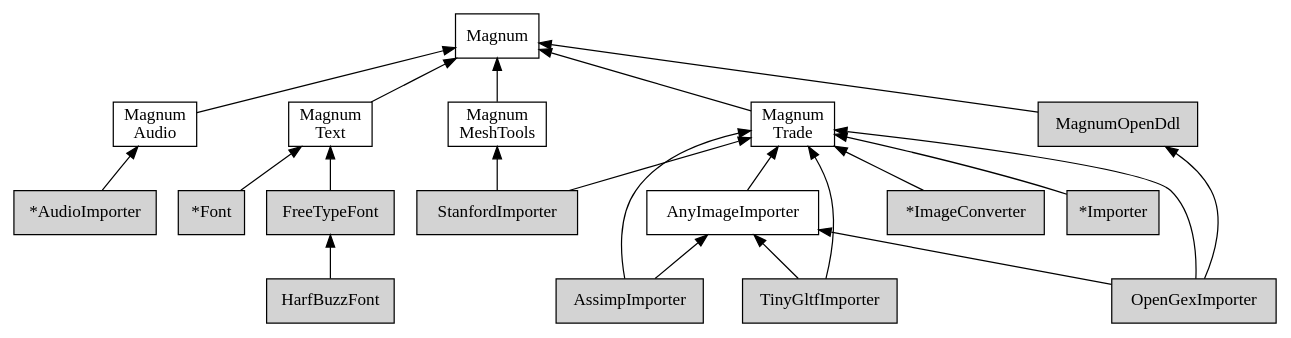
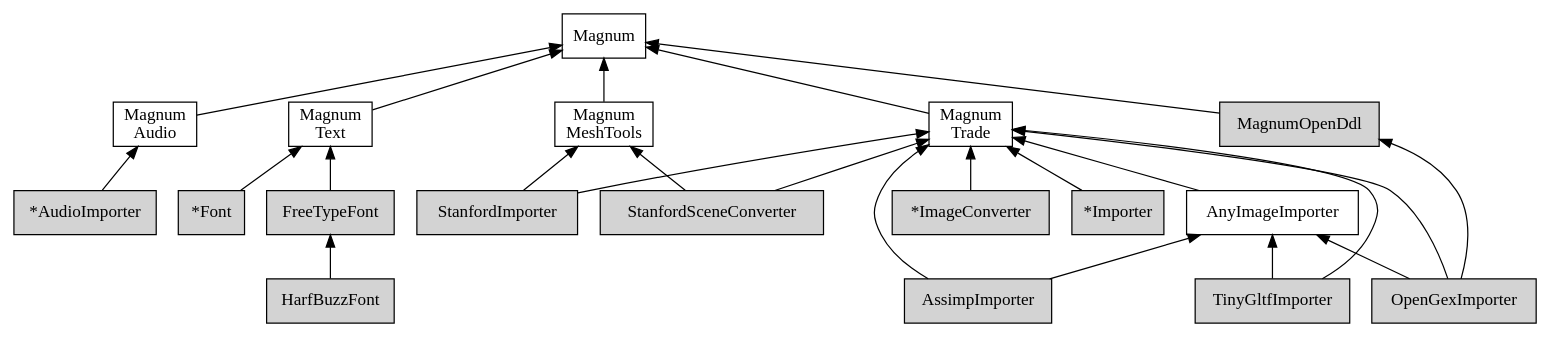
The diagram in doc/custom-buildsystems-plugins-order.dot (mosra/magnum-plugins), drawn with Graphviz before and after one commit. The commit also changed 52 other files, not shown here.

Commit message:
New StanfordSceneConverter plugin for writing PLY files.

```diff
--- a/doc/custom-buildsystems-plugins-order.dot
+++ b/doc/custom-buildsystems-plugins-order.dot
@@ -1,79 +1,81 @@
 /*
     This file is part of Magnum.
 
     Copyright © 2010, 2011, 2012, 2013, 2014, 2015, 2016, 2017, 2018, 2019
               Vladimír Vondruš <mosra@centrum.cz>
 
     Permission is hereby granted, free of charge, to any person obtaining a
     copy of this software and associated documentation files (the "Software"),
     to deal in the Software without restriction, including without limitation
     the rights to use, copy, modify, merge, publish, distribute, sublicense,
     and/or sell copies of the Software, and to permit persons to whom the
     Software is furnished to do so, subject to the following conditions:
 
     The above copyright notice and this permission notice shall be included
     in all copies or substantial portions of the Software.
 
     THE SOFTWARE IS PROVIDED "AS IS", WITHOUT WARRANTY OF ANY KIND, EXPRESS OR
     IMPLIED, INCLUDING BUT NOT LIMITED TO THE WARRANTIES OF MERCHANTABILITY,
     FITNESS FOR A PARTICULAR PURPOSE AND NONINFRINGEMENT. IN NO EVENT SHALL
     THE AUTHORS OR COPYRIGHT HOLDERS BE LIABLE FOR ANY CLAIM, DAMAGES OR OTHER
     LIABILITY, WHETHER IN AN ACTION OF CONTRACT, TORT OR OTHERWISE, ARISING
     FROM, OUT OF OR IN CONNECTION WITH THE SOFTWARE OR THE USE OR OTHER
     DEALINGS IN THE SOFTWARE.
 */
 
 digraph "Magnum Plugins dependency order" {
     rankdir=BT
     ranksep=0.5
     node [style=filled shape=rect margin="0.03,0.03"]
 
     Magnum [style=solid class="m-info"]
     MagnumAudio [style=solid label="Magnum\nAudio" class="m-info"]
     MagnumMeshTools [style=solid label="Magnum\nMeshTools" class="m-info"]
     MagnumText [style=solid label="Magnum\nText" class="m-info"]
     MagnumTrade [style=solid label="Magnum\nTrade" class="m-info"]
 
     {rank=same MagnumAudio MagnumMeshTools MagnumText MagnumTrade}
 
     AnyImageImporter [style=solid class="m-success"]
 
     MagnumOpenDdl [class="m-info"]
 
     AudioImporter [label="*AudioImporter" class="m-success"]
     ImageConverter [label="*ImageConverter" class="m-success"]
     Importer [label="*Importer" class="m-success"]
     Font [label="*Font" class="m-success"]
 
     AssimpImporter [class="m-success"]
     FreeTypeFont [class="m-success"]
     HarfBuzzFont [class="m-success"]
     OpenGexImporter [class="m-success"]
     TinyGltfImporter [class="m-success"]
 
     MagnumAudio -> Magnum [class="m-info"]
     MagnumMeshTools -> Magnum [class="m-info"]
     MagnumText -> Magnum [class="m-info"]
     MagnumTrade -> Magnum [class="m-info"]
 
     AnyImageImporter -> MagnumTrade [class="m-success"]
 
     MagnumOpenDdl -> Magnum
 
     AudioImporter -> MagnumAudio
     ImageConverter -> MagnumTrade
     Importer -> MagnumTrade
     Font -> MagnumText
 
     AssimpImporter -> MagnumTrade
     AssimpImporter -> AnyImageImporter
     FreeTypeFont -> MagnumText
     HarfBuzzFont -> FreeTypeFont
     OpenGexImporter -> MagnumTrade
     OpenGexImporter -> AnyImageImporter
     OpenGexImporter -> MagnumOpenDdl
     StanfordImporter -> MagnumTrade
     StanfordImporter -> MagnumMeshTools
+    StanfordSceneConverter -> MagnumTrade
+    StanfordSceneConverter -> MagnumMeshTools
     TinyGltfImporter -> MagnumTrade
     TinyGltfImporter -> AnyImageImporter
 }
```
